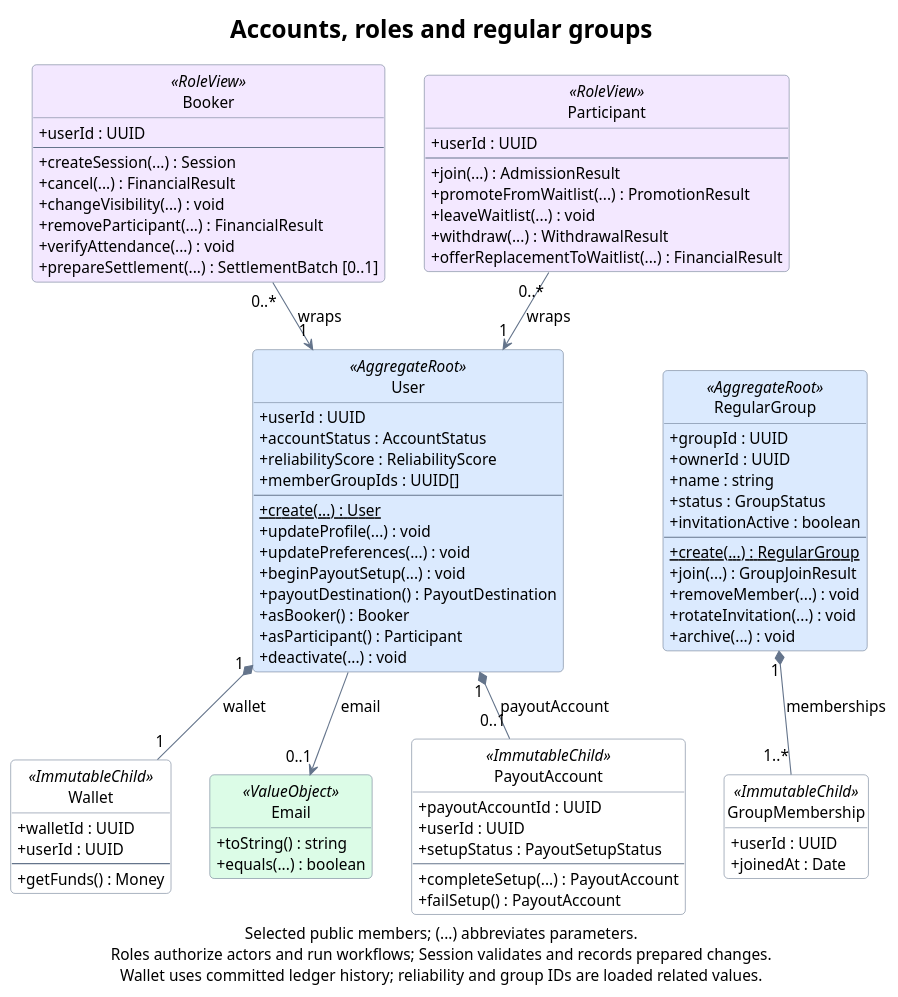
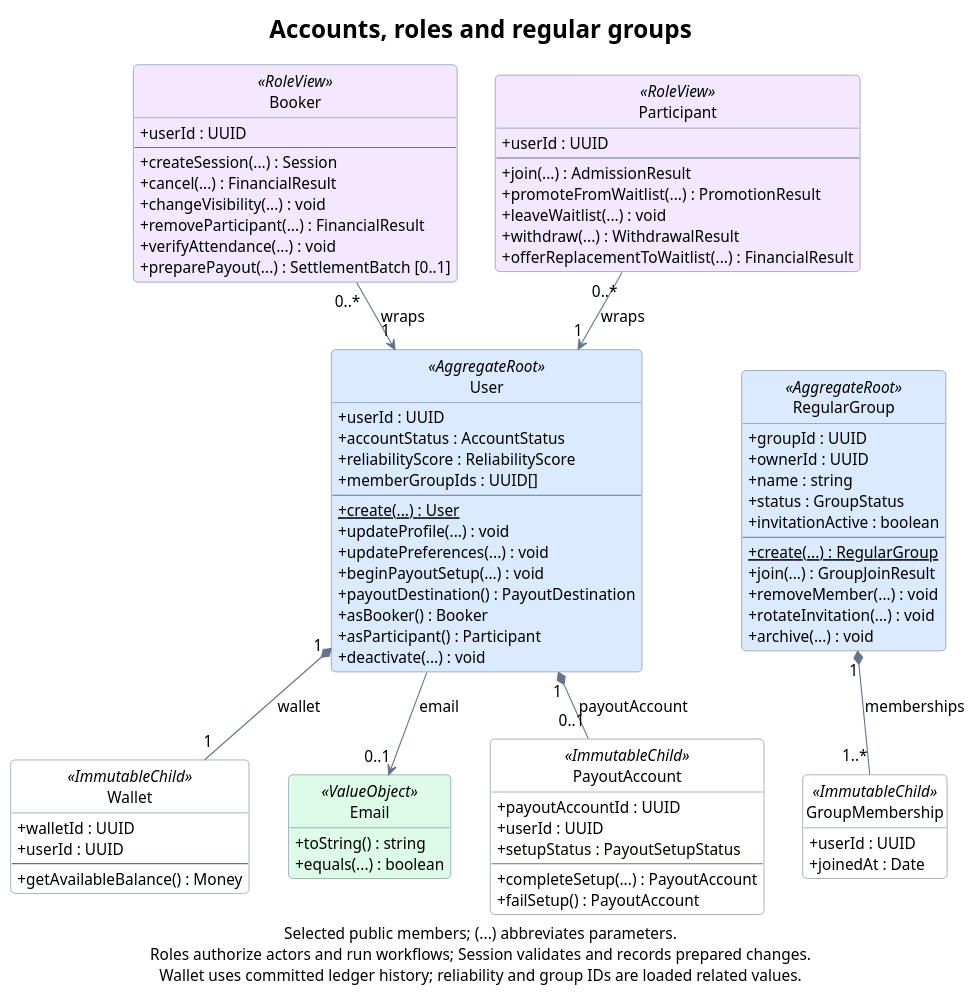
The diagram in docs/diagrams/domain-accounts.puml (rbrishi15/booking-web-manager), drawn with PlantUML before and after one commit. The commit also changed 26 other files, not shown here.

```diff
--- a/docs/diagrams/domain-accounts.puml
+++ b/docs/diagrams/domain-accounts.puml
@@ -1,113 +1,113 @@
 @startuml domain-accounts
 title Accounts, roles and regular groups
 
 top to bottom direction
 hide empty members
 hide circle
 skinparam backgroundColor #FFFFFF
 skinparam shadowing false
 skinparam roundcorner 8
 skinparam defaultFontName SansSerif
 skinparam defaultFontSize 14
 skinparam titleFontSize 22
 skinparam ArrowColor #64748B
 skinparam classBorderColor #64748B
 skinparam classBackgroundColor #FFFFFF
 skinparam classBackgroundColor<<AggregateRoot>> #DBEAFE
 skinparam classBackgroundColor<<ValueObject>> #DCFCE7
 skinparam classBackgroundColor<<RoleView>> #F3E8FF
 skinparam classAttributeIconSize 0
 skinparam linetype polyline
 skinparam nodesep 35
 skinparam ranksep 40
 
 class Booker <<RoleView>> {
   +userId : UUID
   --
   +createSession(...) : Session
   +cancel(...) : FinancialResult
   +changeVisibility(...) : void
   +removeParticipant(...) : FinancialResult
   +verifyAttendance(...) : void
-  +prepareSettlement(...) : SettlementBatch [0..1]
+  +preparePayout(...) : SettlementBatch [0..1]
 }
 
 class Participant <<RoleView>> {
   +userId : UUID
   --
   +join(...) : AdmissionResult
   +promoteFromWaitlist(...) : PromotionResult
   +leaveWaitlist(...) : void
   +withdraw(...) : WithdrawalResult
   +offerReplacementToWaitlist(...) : FinancialResult
 }
 
 class User <<AggregateRoot>> {
   +userId : UUID
   +accountStatus : AccountStatus
   +reliabilityScore : ReliabilityScore
   +memberGroupIds : UUID[]
   --
   {static} +create(...) : User
   +updateProfile(...) : void
   +updatePreferences(...) : void
   +beginPayoutSetup(...) : void
   +payoutDestination() : PayoutDestination
   +asBooker() : Booker
   +asParticipant() : Participant
   +deactivate(...) : void
 }
 
 class Wallet <<ImmutableChild>> {
   +walletId : UUID
   +userId : UUID
   --
-  +getFunds() : Money
+  +getAvailableBalance() : Money
 }
 
 class Email <<ValueObject>> {
   +toString() : string
   +equals(...) : boolean
 }
 
 class PayoutAccount <<ImmutableChild>> {
   +payoutAccountId : UUID
   +userId : UUID
   +setupStatus : PayoutSetupStatus
   --
   +completeSetup(...) : PayoutAccount
   +failSetup() : PayoutAccount
 }
 
 class RegularGroup <<AggregateRoot>> {
   +groupId : UUID
   +ownerId : UUID
   +name : string
   +status : GroupStatus
   +invitationActive : boolean
   --
   {static} +create(...) : RegularGroup
   +join(...) : GroupJoinResult
   +removeMember(...) : void
   +rotateInvitation(...) : void
   +archive(...) : void
 }
 
 class GroupMembership <<ImmutableChild>> {
   +userId : UUID
   +joinedAt : Date
 }
 
 Booker "0..*" -down-> "1" User : wraps
 Participant "0..*" -down-> "1" User : wraps
 User "1" *-down- "1" Wallet : wallet
 User "1" *-down- "0..1" PayoutAccount : payoutAccount
 User -down-> "0..1" Email : email
 RegularGroup "1" *-down- "1..*" GroupMembership : memberships
 
 User -[hidden]right- RegularGroup
 Wallet -[hidden]right- Email
 Email -[hidden]right- PayoutAccount
 
 caption Selected public members; (...) abbreviates parameters.\nRoles authorize actors and run workflows; Session validates and records prepared changes.\nWallet uses committed ledger history; reliability and group IDs are loaded related values.
 @enduml
```
